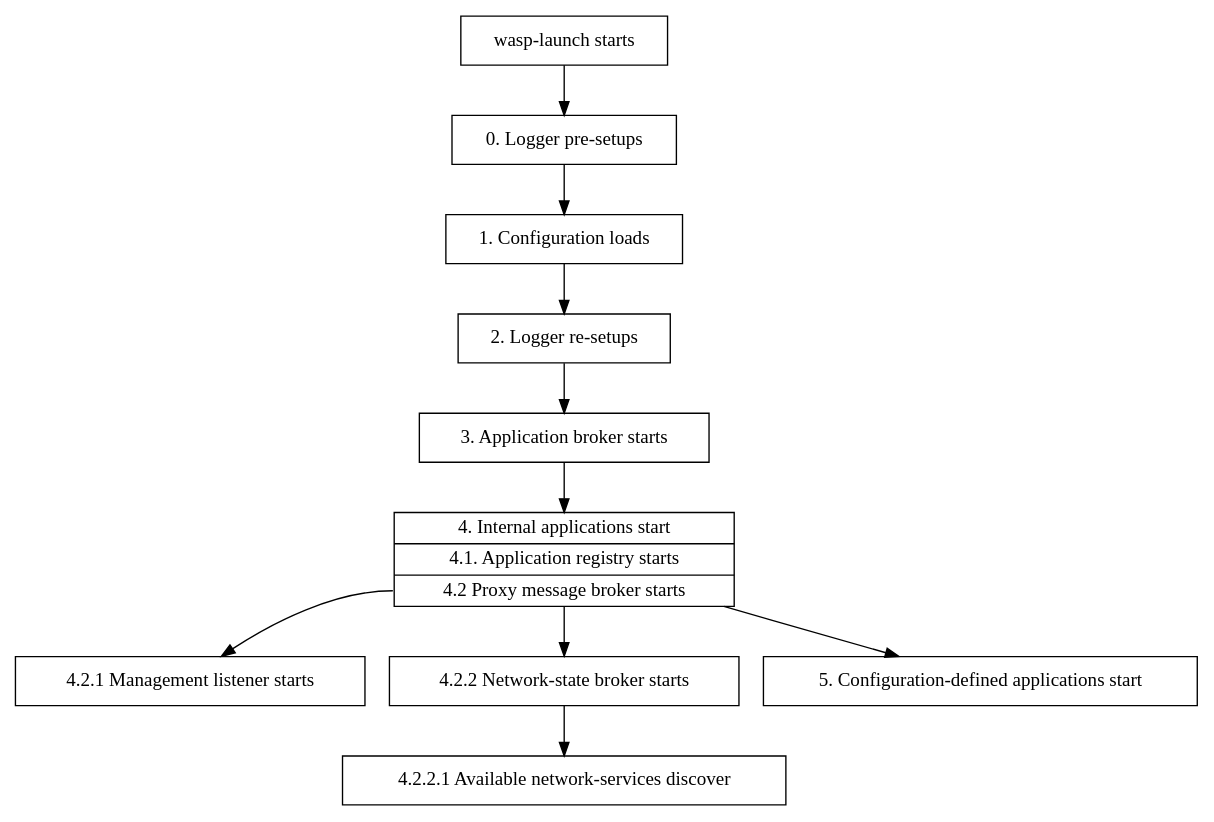
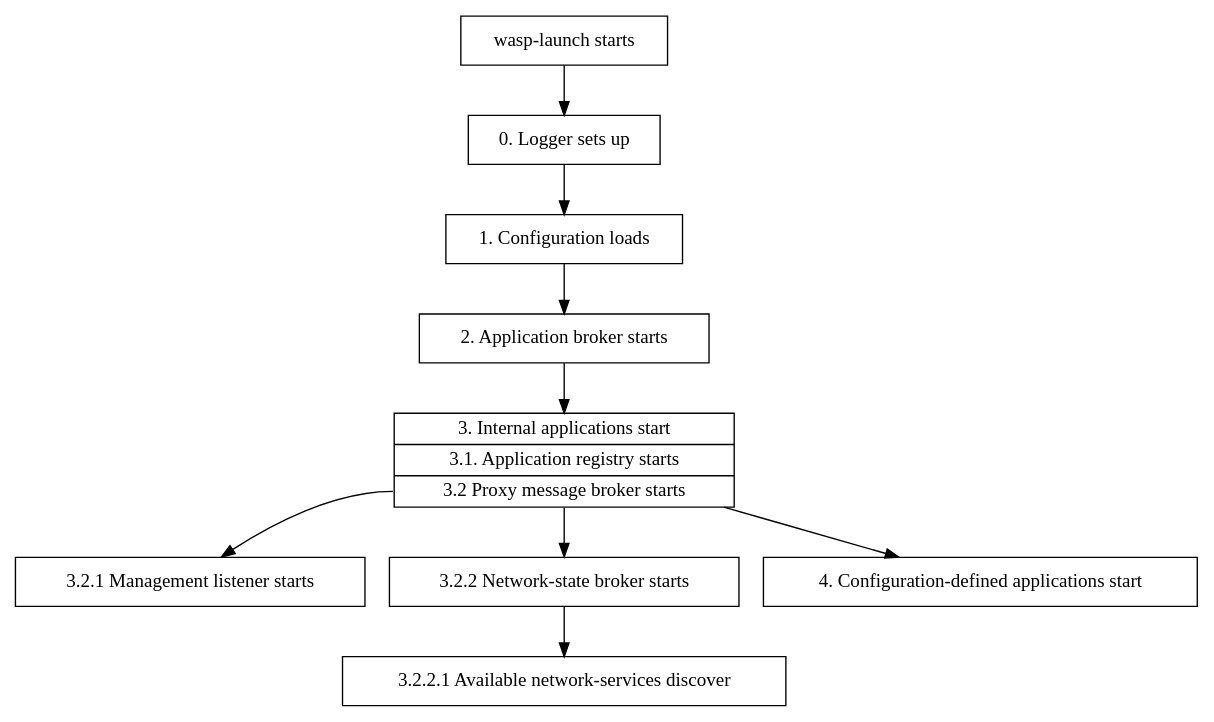
The diagram in docs/sphinx/introduction.rst (a1ezzz/wasp-launcher), drawn with Graphviz before and after one commit. The commit also changed other lines of this file, not shown here.

Commit message:
docs/sphinx/introduction.rst: some small changes

```diff
--- a/docs/sphinx/introduction.rst
+++ b/docs/sphinx/introduction.rst
@@ -7,30 +7,28 @@
 .. graphviz::
 
 	digraph structs {
 		node [shape=record];
 
 		struct [label="wasp-launch starts"];
-		struct0 [label="0. Logger pre-setups"];
+		struct0 [label="0. Logger sets up"];
 		struct1 [label="1. Configuration loads"];
-		struct2 [label="2. Logger re-setups"];
-		struct3 [label="3. Application broker starts"];
-		struct4 [label="{
-			4. Internal applications start |
-			4.1. Application registry starts |
-			<message_proxy> 4.2  Proxy message broker starts
+		struct2 [label="2. Application broker starts"];
+		struct3 [label="{
+			3. Internal applications start |
+			3.1. Application registry starts |
+			<message_proxy> 3.2  Proxy message broker starts
 		}"];
-		struct4_2_1 [label="4.2.1 Management listener starts"];
-		struct4_2_2 [label="4.2.2 Network-state broker starts"];
-		struct4_2_2_1 [label="4.2.2.1 Available network-services discover"];
-		struct5 [label="5. Configuration-defined applications start"];
+		struct3_2_1 [label="3.2.1 Management listener starts"];
+		struct3_2_2 [label="3.2.2 Network-state broker starts"];
+		struct3_2_2_1 [label="3.2.2.1 Available network-services discover"];
+		struct4 [label="4. Configuration-defined applications start"];
 
 		struct -> struct0;
 		struct0 -> struct1;
 		struct1 -> struct2;
 		struct2 -> struct3;
 		struct3 -> struct4;
-		struct4 -> struct5;
-		struct4:message_proxy -> struct4_2_1;
-		struct4:message_proxy -> struct4_2_2;
-		struct4_2_2 -> struct4_2_2_1;
+		struct3:message_proxy -> struct3_2_1;
+		struct3:message_proxy -> struct3_2_2;
+		struct3_2_2 -> struct3_2_2_1;
 	}
```
